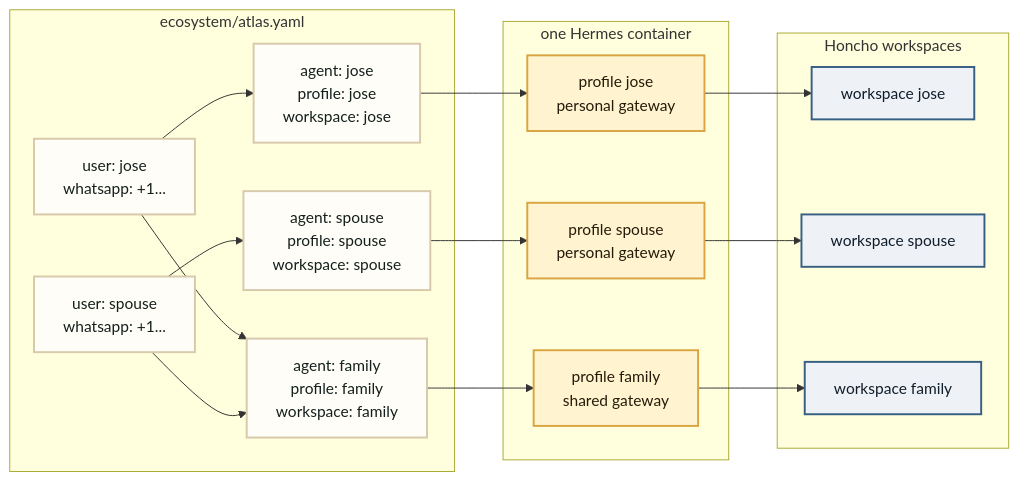
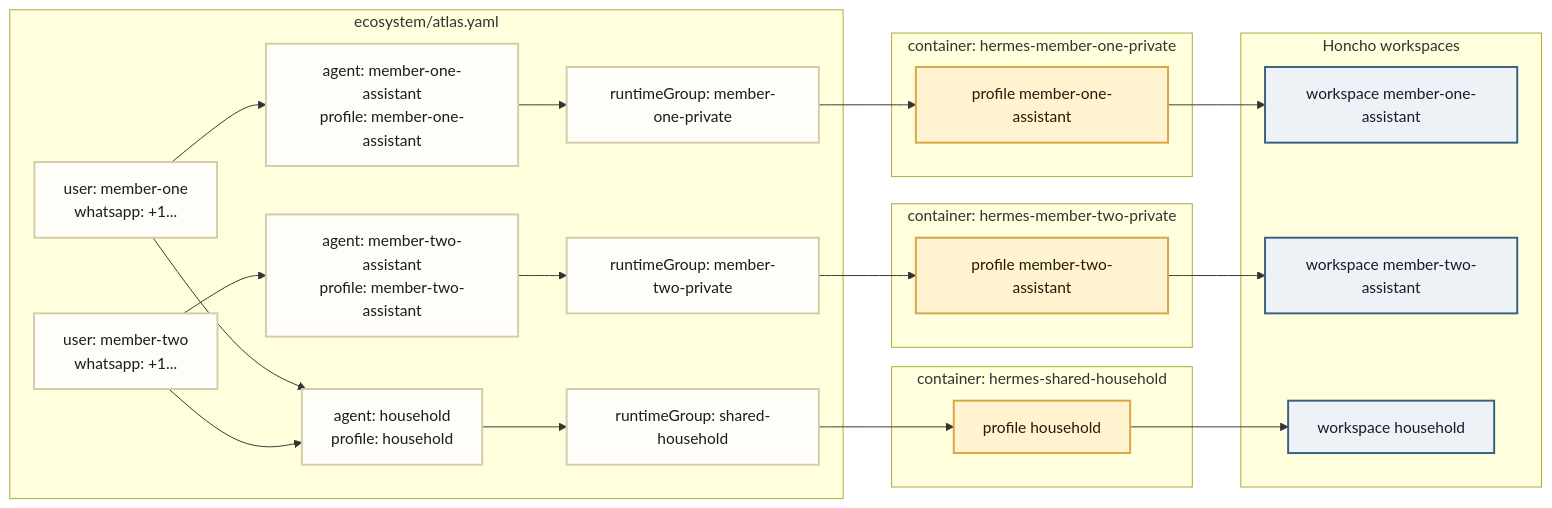
One commit to itspalomo/project-atlas changed the second of 5 diagrams in docs/architecture.md. Above: the diagram before and after it, drawn with Mermaid. The commit also changed other lines of this file and 17 other files, not shown here.

Commit message:
Add configurable Hermes runtime groups

````diff
--- a/docs/architecture.md
+++ b/docs/architecture.md
@@ -72,35 +77,44 @@
 ```mermaid
 flowchart LR
   subgraph Config["ecosystem/atlas.yaml"]
-    U1["user: jose\nwhatsapp: +1..."]
-    U2["user: spouse\nwhatsapp: +1..."]
-    A1["agent: jose\nprofile: jose\nworkspace: jose"]
-    A2["agent: spouse\nprofile: spouse\nworkspace: spouse"]
-    A3["agent: family\nprofile: family\nworkspace: family"]
+    U1["user: member-one\nwhatsapp: +1..."]
+    U2["user: member-two\nwhatsapp: +1..."]
+    G1["runtimeGroup: member-one-private"]
+    G2["runtimeGroup: member-two-private"]
+    G3["runtimeGroup: shared-household"]
+    A1["agent: member-one-assistant\nprofile: member-one-assistant"]
+    A2["agent: member-two-assistant\nprofile: member-two-assistant"]
+    A3["agent: household\nprofile: household"]
   end
 
-  subgraph HermesBox["one Hermes container"]
-    P1["profile jose\npersonal gateway"]
-    P2["profile spouse\npersonal gateway"]
-    P3["profile family\nshared gateway"]
+  subgraph RuntimeOne["container: hermes-member-one-private"]
+    P1["profile member-one-assistant"]
+  end
+
+  subgraph RuntimeTwo["container: hermes-member-two-private"]
+    P2["profile member-two-assistant"]
+  end
+
+  subgraph RuntimeShared["container: hermes-shared-household"]
+    P3["profile household"]
   end
 
   subgraph Memory["Honcho workspaces"]
-    M1["workspace jose"]
-    M2["workspace spouse"]
-    M3["workspace family"]
+    M1["workspace member-one-assistant"]
+    M2["workspace member-two-assistant"]
+    M3["workspace household"]
   end
 
-  U1 --> A1 --> P1 --> M1
-  U2 --> A2 --> P2 --> M2
+  U1 --> A1 --> G1 --> P1 --> M1
+  U2 --> A2 --> G2 --> P2 --> M2
   U1 --> A3
   U2 --> A3
-  A3 --> P3 --> M3
+  A3 --> G3 --> P3 --> M3
 
   classDef config fill:#fffdf7,stroke:#d7c9aa,color:#14201d,stroke-width:2px;
   classDef hermes fill:#fff4cf,stroke:#d9a441,color:#241b0a,stroke-width:2px;
   classDef memory fill:#eef2f7,stroke:#365f82,color:#101d2a,stroke-width:2px;
-  class U1,U2,A1,A2,A3 config;
+  class U1,U2,G1,G2,G3,A1,A2,A3 config;
   class P1,P2,P3 hermes;
   class M1,M2,M3 memory;
 ```
````
